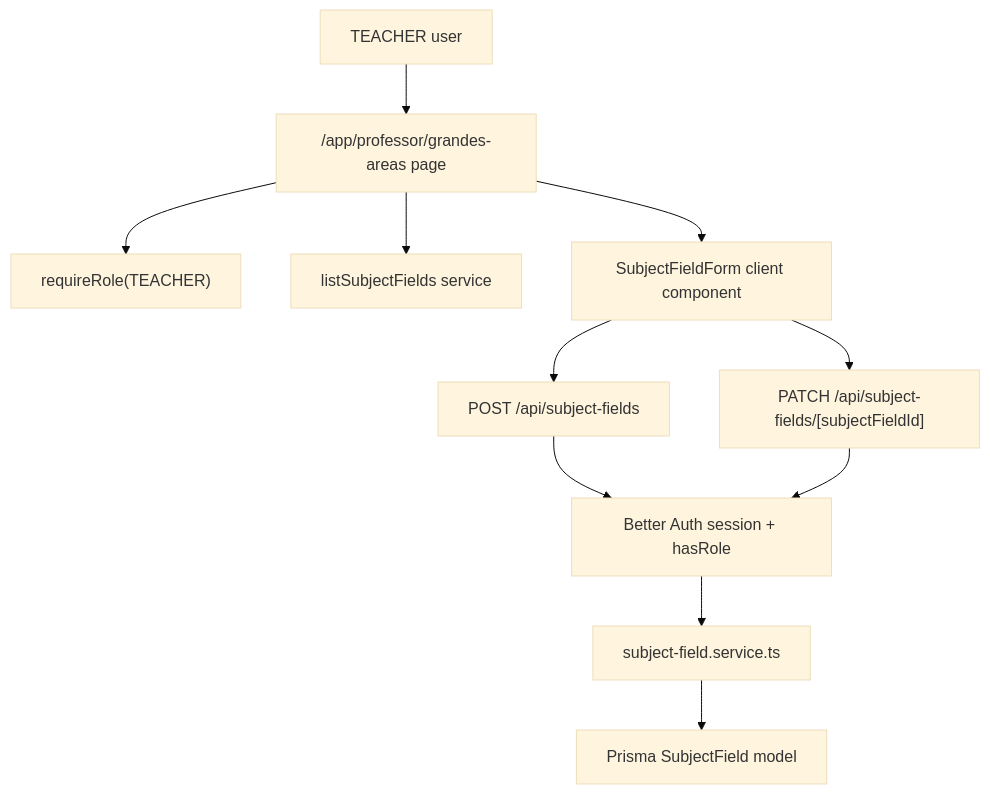
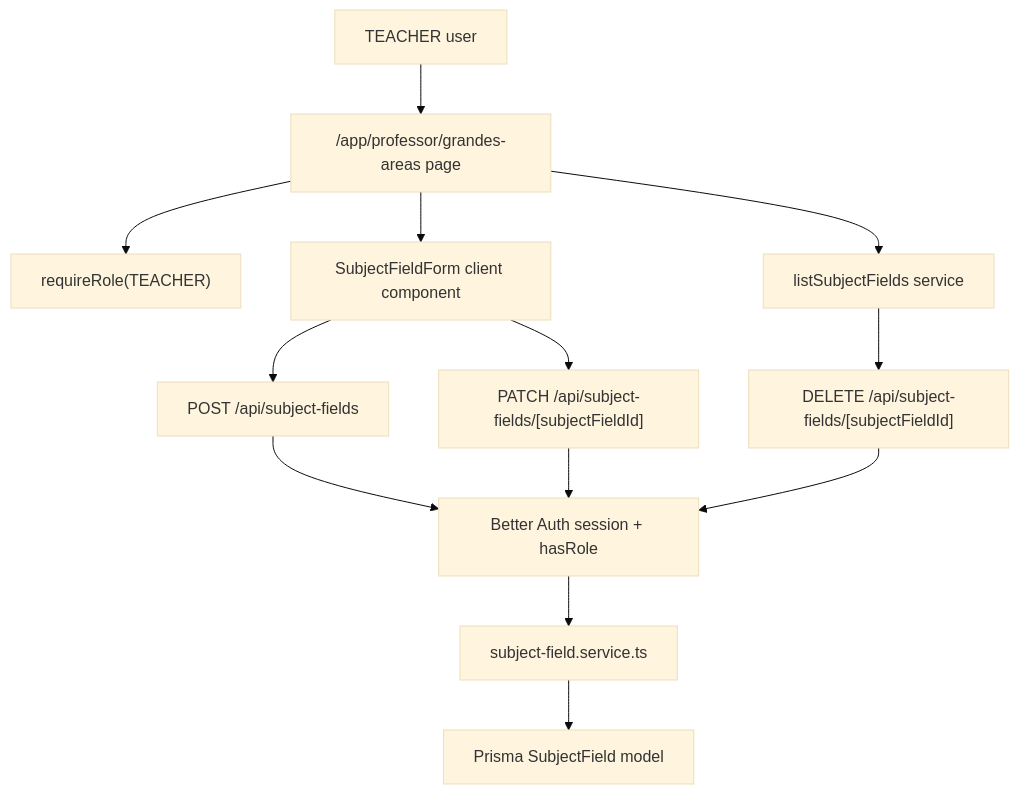
One commit to dpnunez/enade-simulados changed the diagram in .specs/features/grandes-areas/design.md. Above: the diagram before and after it, drawn with Mermaid (base theme). The commit also changed other lines of this file and 7 other files, not shown here.

Commit message:
feat(grandes-areas): add subject field deletion

````diff
--- a/.specs/features/grandes-areas/design.md
+++ b/.specs/features/grandes-areas/design.md
@@ -12,13 +12,15 @@
 ```mermaid
 flowchart TD
     Teacher["TEACHER user"] --> Page["/app/professor/grandes-areas page"]
     Page --> Auth["requireRole(TEACHER)"]
     Page --> List["listSubjectFields service"]
     Page --> Form["SubjectFieldForm client component"]
     Form --> ApiCreate["POST /api/subject-fields"]
     Form --> ApiUpdate["PATCH /api/subject-fields/[subjectFieldId]"]
+    List --> ApiDelete["DELETE /api/subject-fields/[subjectFieldId]"]
     ApiCreate --> ServerAuth["Better Auth session + hasRole"]
     ApiUpdate --> ServerAuth
+    ApiDelete --> ServerAuth
     ServerAuth --> Service["subject-field.service.ts"]
     Service --> Prisma["Prisma SubjectField model"]
 ```
````
